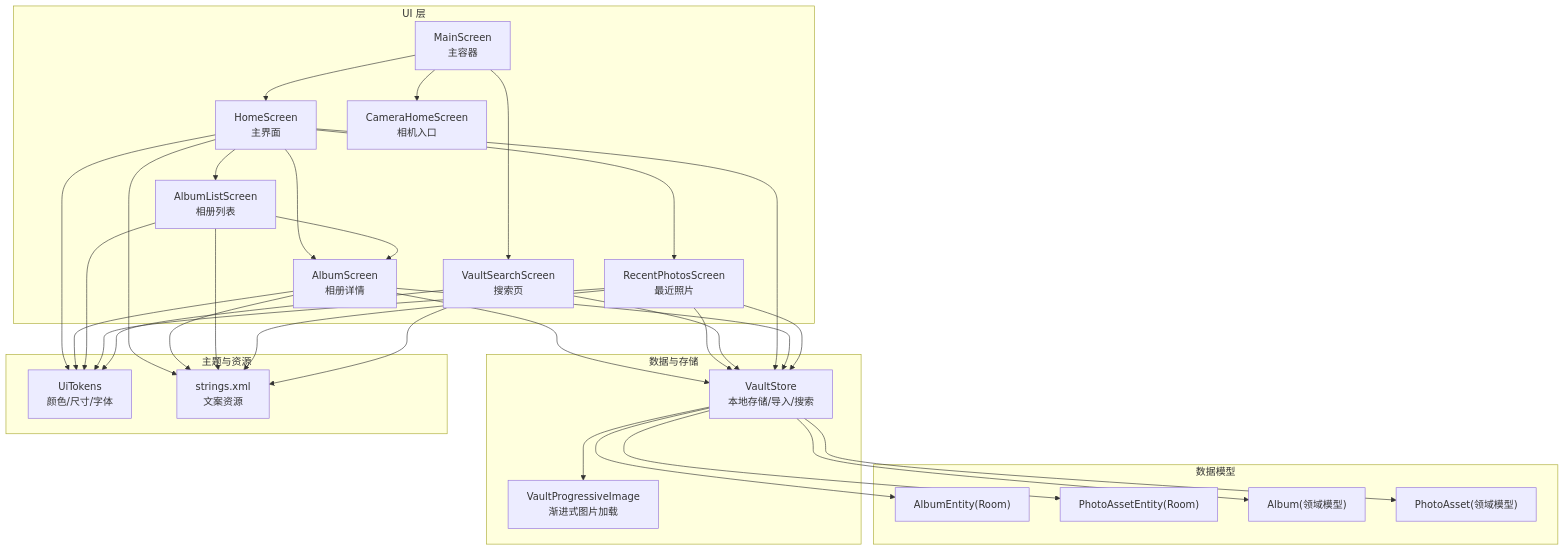
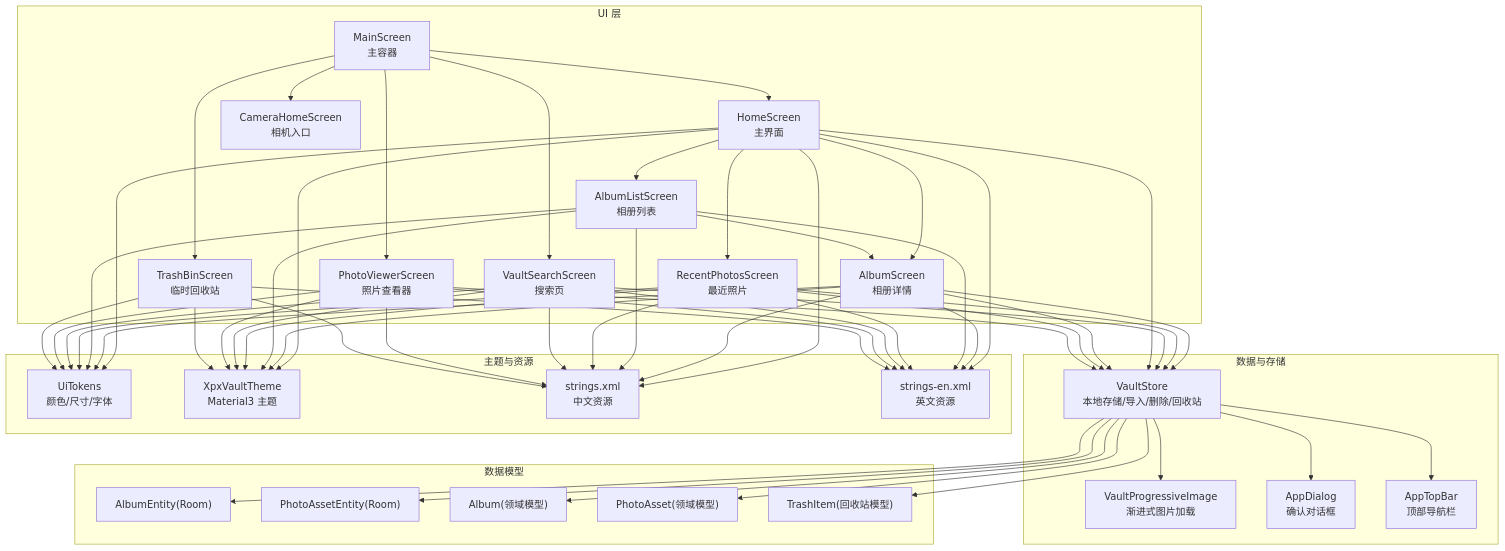
Before and after one commit to wanhongbo/ai-photo-vault: the first of 8 diagrams in .qoder/repowiki/zh/content/核心功能模块/照片管理系统.md, drawn with Mermaid. The commit also changed other lines of this file and 9 other files, not shown here.

````diff
--- a/.qoder/repowiki/zh/content/核心功能模块/照片管理系统.md
+++ b/.qoder/repowiki/zh/content/核心功能模块/照片管理系统.md
@@ -50,24 +67,33 @@
 CHS["CameraHomeScreen<br/>相机入口"]
 MSS["MainScreen<br/>主容器"]
 VSS["VaultSearchScreen<br/>搜索页"]
+PVS["PhotoViewerScreen<br/>照片查看器"]
+TBS["TrashBinScreen<br/>临时回收站"]
 end
 subgraph "数据与存储"
-VS["VaultStore<br/>本地存储/导入/搜索"]
+VS["VaultStore<br/>本地存储/导入/删除/回收站"]
 VPI["VaultProgressiveImage<br/>渐进式图片加载"]
+AD["AppDialog<br/>确认对话框"]
+ATB["AppTopBar<br/>顶部导航栏"]
 end
 subgraph "主题与资源"
 UIT["UiTokens<br/>颜色/尺寸/字体"]
-STR["strings.xml<br/>文案资源"]
+XT["XpxVaultTheme<br/>Material3 主题"]
+STR["strings.xml<br/>中文资源"]
+STRE["strings-en.xml<br/>英文资源"]
 end
 subgraph "数据模型"
 AE["AlbumEntity(Room)"]
 PE["PhotoAssetEntity(Room)"]
 AL["Album(领域模型)"]
 PA["PhotoAsset(领域模型)"]
+TI["TrashItem(回收站模型)"]
 end
 MSS --> HS
 MSS --> CHS
 MSS --> VSS
+MSS --> PVS
+MSS --> TBS
 HS --> AS
 HS --> ALS
 HS --> RCS
@@ -78,19 +104,41 @@
 HS --> VS
 AS --> VS
 RCS --> VS
+PVS --> VS
 VS --> VPI
+VS --> AD
+VS --> ATB
 HS --> UIT
 AS --> UIT
 ALS --> UIT
 RCS --> UIT
 VSS --> UIT
+PVS --> UIT
+TBS --> UIT
+HS --> XT
+AS --> XT
+ALS --> XT
+RCS --> XT
+VSS --> XT
+PVS --> XT
+TBS --> XT
 HS --> STR
 AS --> STR
 ALS --> STR
 RCS --> STR
 VSS --> STR
+PVS --> STR
+TBS --> STR
+HS --> STRE
+AS --> STRE
+ALS --> STRE
+RCS --> STRE
+VSS --> STRE
+PVS --> STRE
+TBS --> STRE
 VS --> AE
 VS --> PE
 VS --> AL
 VS --> PA
+VS --> TI
 ```
````
